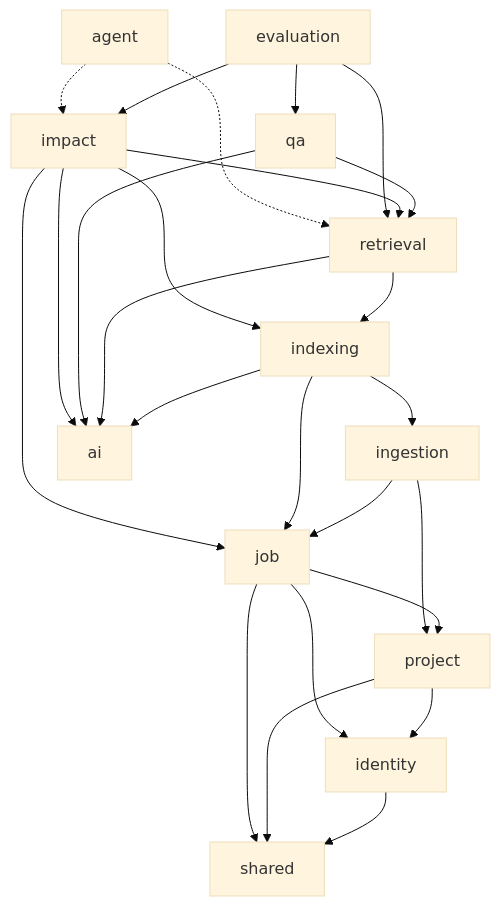
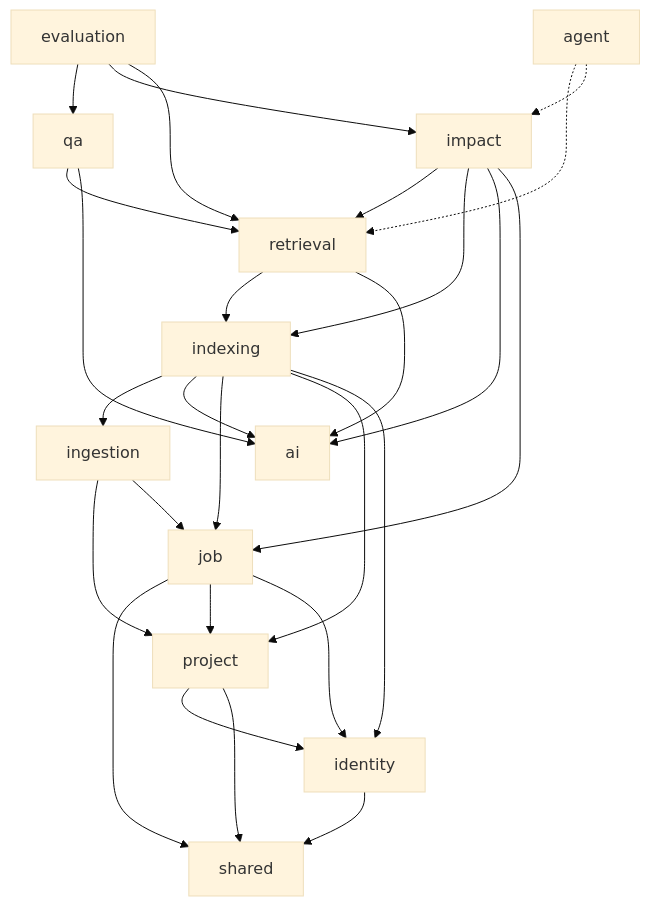
Before and after one commit to Its-Nitin/devmind-ai: the second of 5 diagrams in docs/architecture.md, drawn with Mermaid (base theme). The commit also changed other lines of this file and 41 other files, not shown here.

````diff
--- a/docs/architecture.md
+++ b/docs/architecture.md
@@ -47,27 +47,29 @@
 ```mermaid
 flowchart TB
   identity --> shared
   project --> identity
   project --> shared
   job --> shared
   job --> project
   job --> identity
   ingestion --> project
   ingestion --> job
   indexing --> ingestion
   indexing --> ai
   indexing --> job
+  indexing --> project
+  indexing --> identity
   retrieval --> indexing
   retrieval --> ai
   qa --> retrieval
   qa --> ai
   impact --> retrieval
   impact --> indexing
   impact --> ai
   impact --> job
   evaluation --> qa
   evaluation --> impact
   evaluation --> retrieval
   agent -.-> retrieval
   agent -.-> impact
 ```
````
